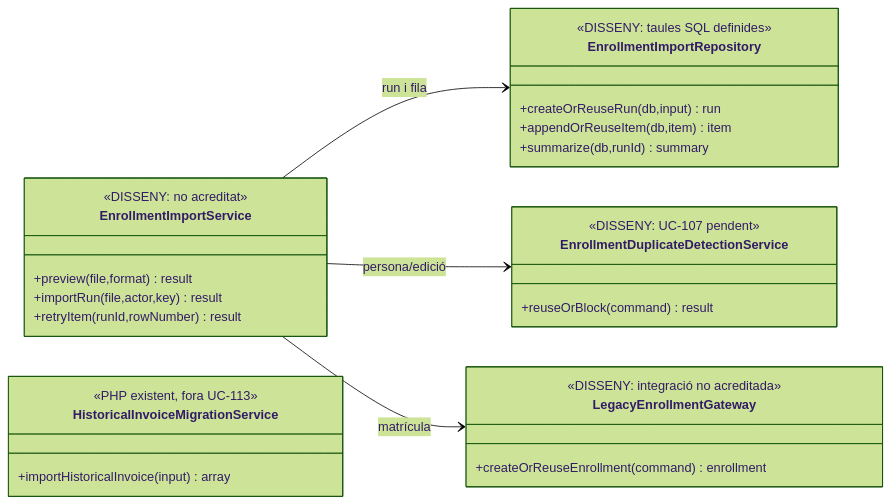
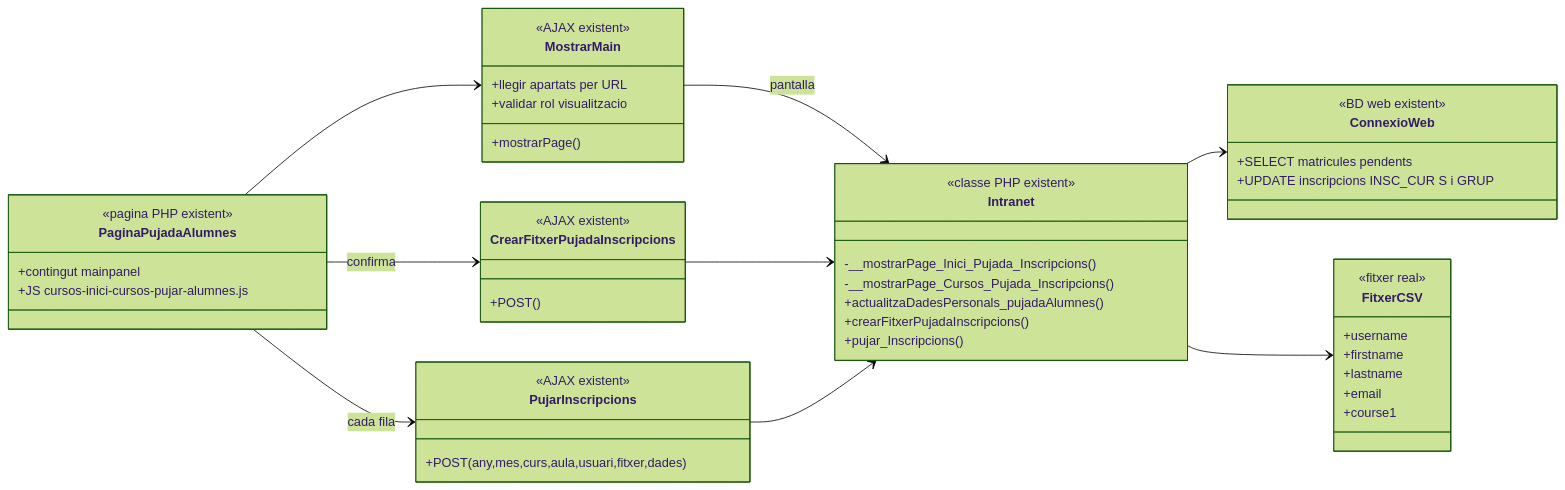
The second of 4 diagrams in documentacio/07-uml-integrat/uc-113-importar-inscripcions-manualment-lot.md (orgmeriemprismacat-del/verifactu), drawn with Mermaid (forest theme) before and after one commit. The commit also changed other lines of this file, not shown here.

Commit message:
docs: rebuild UC-113 UML around exact intranet batch URL and actual PHP sequence, remove imaginary importer

````diff
--- a/documentacio/07-uml-integrat/uc-113-importar-inscripcions-manualment-lot.md
+++ b/documentacio/07-uml-integrat/uc-113-importar-inscripcions-manualment-lot.md
@@ -111,31 +65,52 @@
 ```mermaid
 classDiagram
 direction LR
-class EnrollmentImportService {
- <<DISSENY: no acreditat>>
- +preview(file,format) result
- +importRun(file,actor,key) result
- +retryItem(runId,rowNumber) result
+class PaginaPujadaAlumnes {
+  <<pagina PHP existent>>
+  +contingut mainpanel
+  +JS cursos-inici-cursos-pujar-alumnes.js
 }
-class EnrollmentImportRepository {
- <<DISSENY: taules SQL definides>>
- +createOrReuseRun(db,input) run
- +appendOrReuseItem(db,item) item
- +summarize(db,runId) summary
+class MostrarMain {
+  <<AJAX existent>>
+  +llegir apartats per URL
+  +validar rol visualitzacio
+  +mostrarPage()
 }
-class EnrollmentDuplicateDetectionService {
- <<DISSENY: UC-107 pendent>>
- +reuseOrBlock(command) result
+class Intranet {
+  <<classe PHP existent>>
+  -__mostrarPage_Inici_Pujada_Inscripcions()
+  -__mostrarPage_Cursos_Pujada_Inscripcions()
+  +actualitzaDadesPersonals_pujadaAlumnes()
+  +crearFitxerPujadaInscripcions()
+  +pujar_Inscripcions()
 }
-class LegacyEnrollmentGateway {
- <<DISSENY: integració no acreditada>>
- +createOrReuseEnrollment(command) enrollment
+class CrearFitxerPujadaInscripcions {
+  <<AJAX existent>>
+  +POST()
 }
-class HistoricalInvoiceMigrationService {
- <<PHP existent, fora UC-113>>
- +importHistoricalInvoice(input) array
+class PujarInscripcions {
+  <<AJAX existent>>
+  +POST(any,mes,curs,aula,usuari,fitxer,dades)
 }
-EnrollmentImportService --> EnrollmentImportRepository : run i fila
-EnrollmentImportService --> EnrollmentDuplicateDetectionService : persona/edició
-EnrollmentImportService --> LegacyEnrollmentGateway : matrícula
+class ConnexioWeb {
+  <<BD web existent>>
+  +SELECT matricules pendents
+  +UPDATE inscripcions INSC_CUR S i GRUP
+}
+class FitxerCSV {
+  <<fitxer real>>
+  +username
+  +firstname
+  +lastname
+  +email
+  +course1
+}
+PaginaPujadaAlumnes --> MostrarMain
+MostrarMain --> Intranet : pantalla
+PaginaPujadaAlumnes --> CrearFitxerPujadaInscripcions : confirma
+PaginaPujadaAlumnes --> PujarInscripcions : cada fila
+CrearFitxerPujadaInscripcions --> Intranet
+PujarInscripcions --> Intranet
+Intranet --> ConnexioWeb
+Intranet --> FitxerCSV
 ```
````
